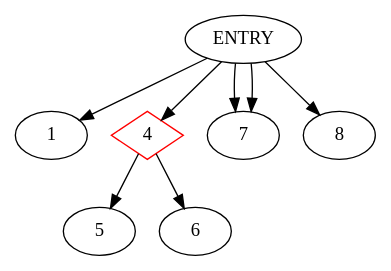
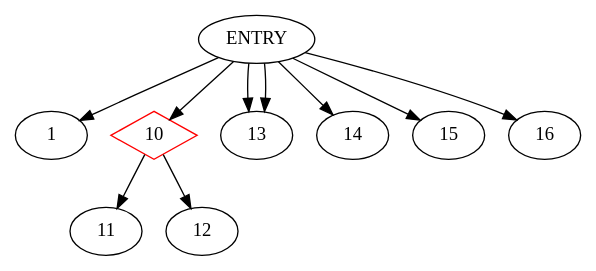
One commit to akshitij/TestgenRepo changed the diagram in Testgen/Testgen_Sonam/Testgen/CDG.dot. Above: the diagram before and after it, drawn with Graphviz. The commit also changed 64 other files, not shown here.

```diff
--- a/Testgen/Testgen_Sonam/Testgen/CDG.dot
+++ b/Testgen/Testgen_Sonam/Testgen/CDG.dot
@@ -1,10 +1,12 @@
 digraph CDG {
 ENTRY -> 1
-4 [shape=diamond, color=red]
-ENTRY -> 4
-4-> 5
-4-> 6
-ENTRY -> 7
-ENTRY -> 7
-ENTRY -> 8
+10 [shape=diamond, color=red]
+ENTRY -> 10
+10-> 11
+10-> 12
+ENTRY -> 13
+ENTRY -> 13
+ENTRY -> 14
+ENTRY -> 15
+ENTRY -> 16
 }
```
